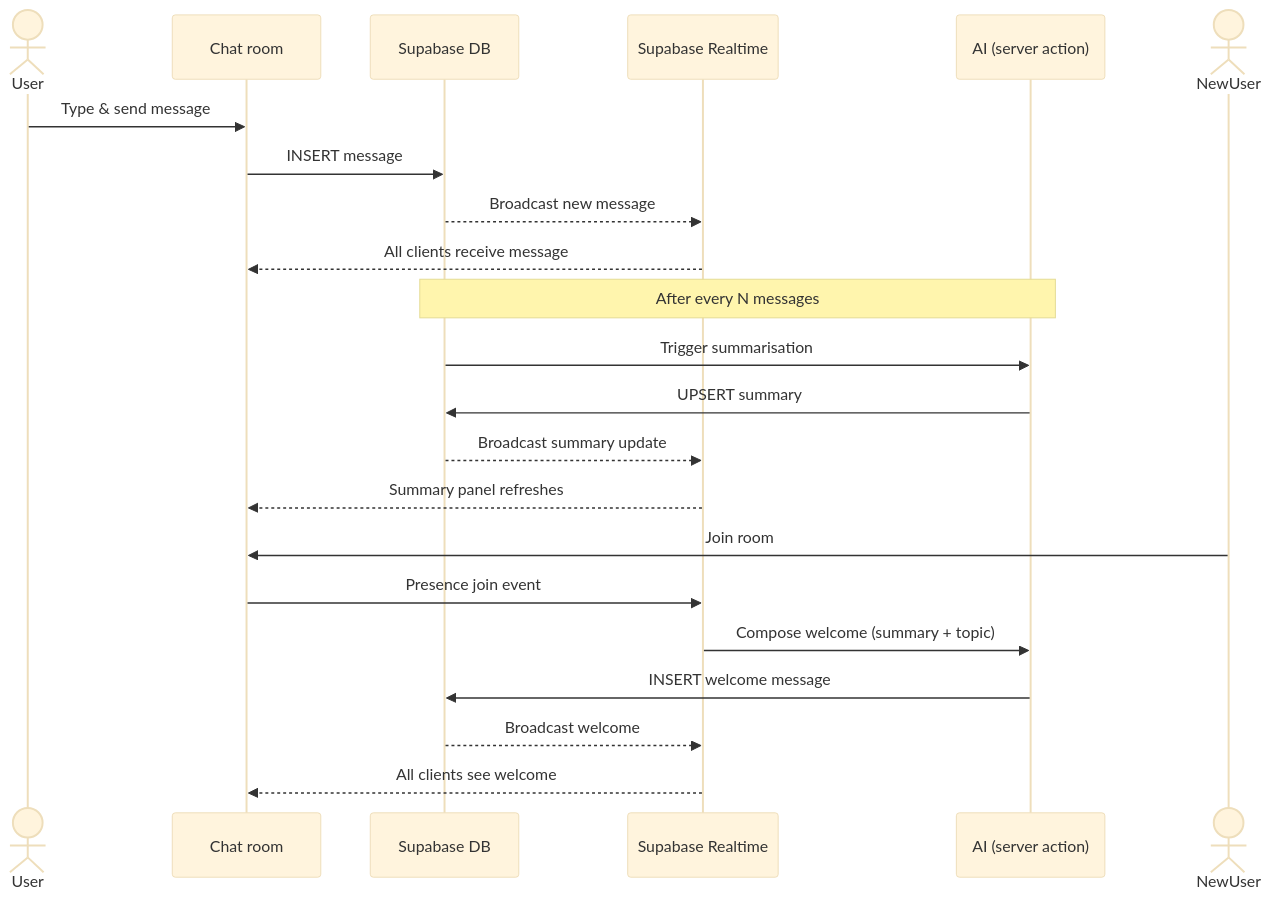
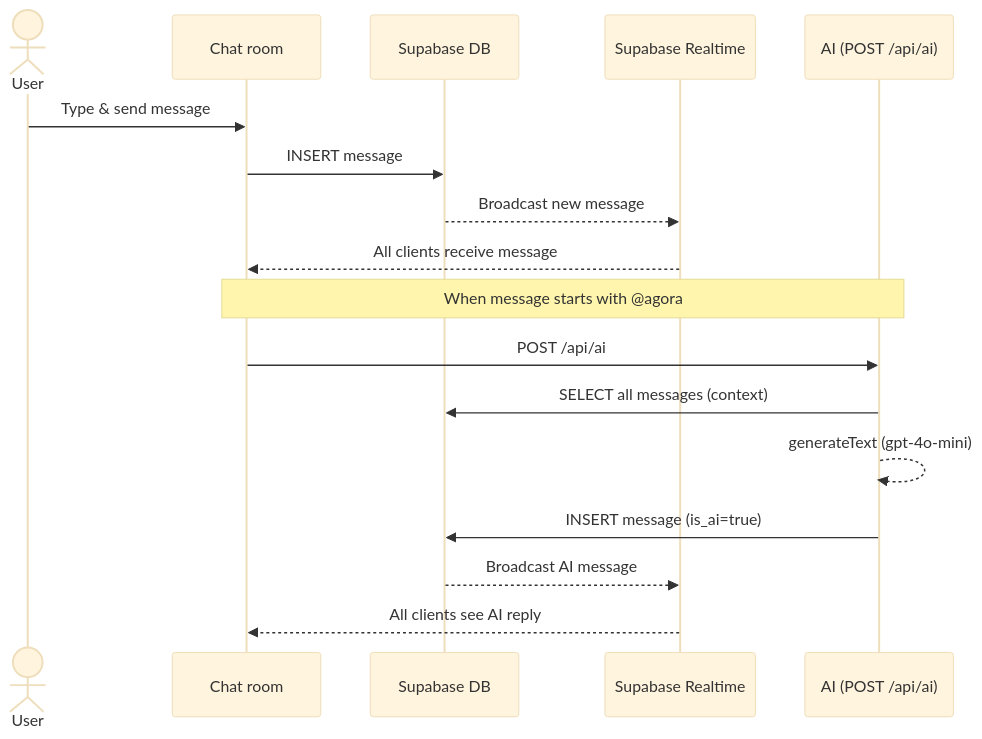
Before and after one commit to pirkkahuhtala/agora-ai: the third of 3 diagrams in README.md, drawn with Mermaid (base theme). The commit also changed other lines of this file, not shown here.

Commit message:
Refactor README to update architecture diagram, data model, and message flow for AI integration

````diff
--- a/README.md
+++ b/README.md
@@ -93,27 +73,21 @@
 ```mermaid
 sequenceDiagram
     actor User
     participant Chat as Chat room
     participant DB as Supabase DB
     participant RT as Supabase Realtime
-    participant AI as AI (server action)
+    participant AI as AI (POST /api/ai)
 
     User->>Chat: Type & send message
     Chat->>DB: INSERT message
     DB-->>RT: Broadcast new message
     RT-->>Chat: All clients receive message
 
-    Note over DB,AI: After every N messages
-    DB->>AI: Trigger summarisation
-    AI->>DB: UPSERT summary
-    DB-->>RT: Broadcast summary update
-    RT-->>Chat: Summary panel refreshes
-
-    actor NewUser
-    NewUser->>Chat: Join room
-    Chat->>RT: Presence join event
-    RT->>AI: Compose welcome (summary + topic)
-    AI->>DB: INSERT welcome message
-    DB-->>RT: Broadcast welcome
-    RT-->>Chat: All clients see welcome
+    Note over Chat,AI: When message starts with @agora
+    Chat->>AI: POST /api/ai
+    AI->>DB: SELECT all messages (context)
+    AI-->>AI: generateText (gpt-4o-mini)
+    AI->>DB: INSERT message (is_ai=true)
+    DB-->>RT: Broadcast AI message
+    RT-->>Chat: All clients see AI reply
 ```
````
